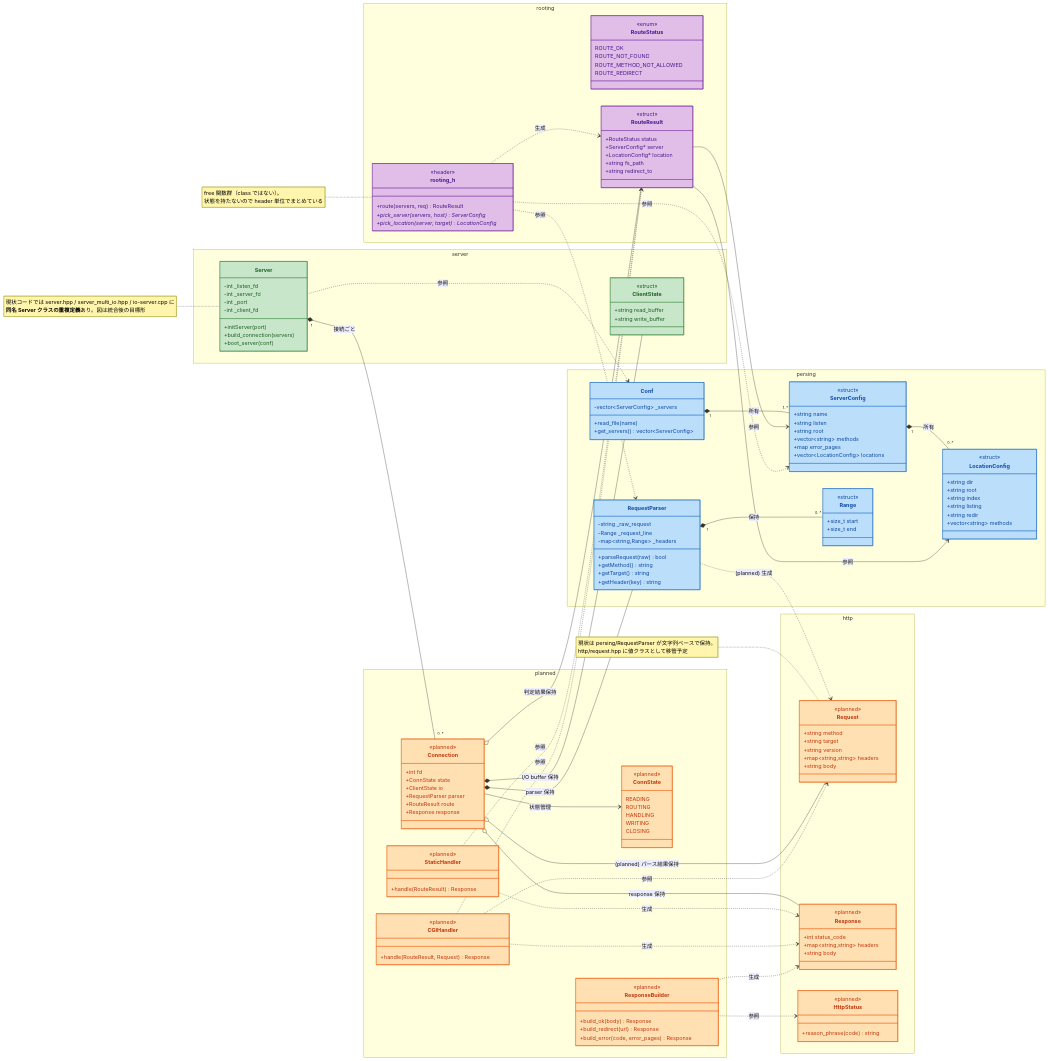
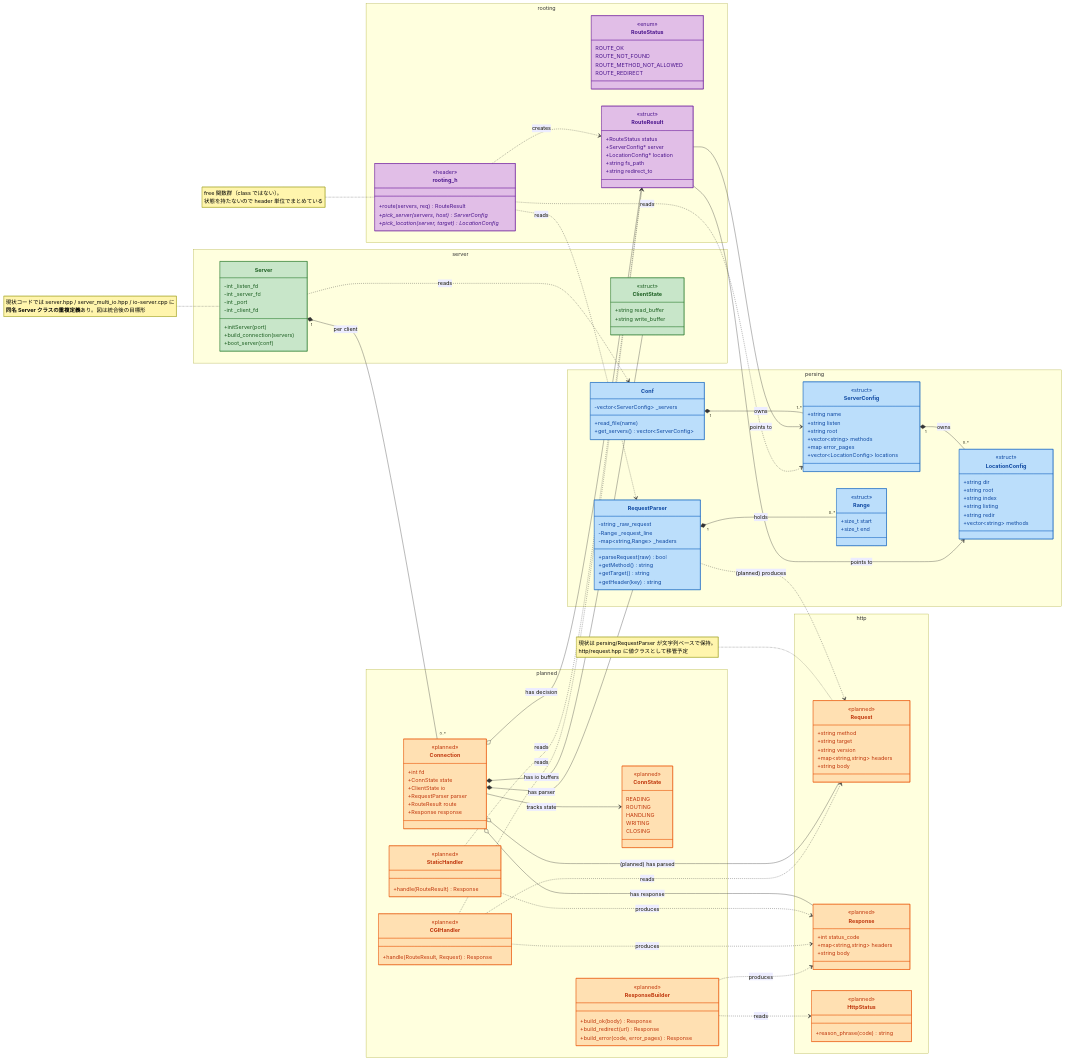
Before and after one commit to Hen00af/irc-platform: the second of 2 diagrams in docs/design.md, drawn with Mermaid. The commit also changed other lines of this file, not shown here.

Commit message:
docs(design): revert decision and relationship labels to English
Per user feedback: conditional/decision labels (diamond conditions,
yes/no edges) and class diagram relationship labels read better in
English than translated to Japanese.

Reverted:
- Flowchart decision diamonds: "リクエスト完成?" -> "request complete?",
  "パース成功?" -> "parse ok?", "全部書けた?" -> "all written?"
- Flowchart edge labels: まだ/完成/完了 -> no/yes, OK kept as-is
- Branch edges: "ROUTE_OK + 静的" -> "ROUTE_OK static", "+ CGI" -> "cgi"
- Class diagram relationship labels: 所有/保持/参照/生成 -> owns/holds/
  reads/produces/etc.

Kept:
- Descriptive box body text in Japanese (e.g., "accept で client_fd
  取得", "recv で read_buffer に追記") - these are explanations, not
  conditions
- Box fill colors (separate concern, not mentioned in feedback)
- Class diagram notes in Japanese

```diff
--- a/docs/design.md
+++ b/docs/design.md
@@ -224,34 +224,34 @@
     }
   }
 
-  Conf "1" *-- "1..*" ServerConfig : 所有
-  ServerConfig "1" *-- "0..*" LocationConfig : 所有
-  RequestParser "1" *-- "0..*" Range : 保持
+  Conf "1" *-- "1..*" ServerConfig : owns
+  ServerConfig "1" *-- "0..*" LocationConfig : owns
+  RequestParser "1" *-- "0..*" Range : holds
 
-  Server "1" *-- "0..*" Connection : 接続ごと
-  Server ..> Conf : 参照
-  Connection *-- ClientState : I/O buffer 保持
-  Connection *-- RequestParser : parser 保持
-  Connection o-- RouteResult : 判定結果保持
-  Connection o-- Response : response 保持
-  Connection o-- Request : (planned) パース結果保持
-  Connection --> ConnState : 状態管理
+  Server "1" *-- "0..*" Connection : per client
+  Server ..> Conf : reads
+  Connection *-- ClientState : has io buffers
+  Connection *-- RequestParser : has parser
+  Connection o-- RouteResult : has decision
+  Connection o-- Response : has response
+  Connection o-- Request : (planned) has parsed
+  Connection --> ConnState : tracks state
 
-  RequestParser ..> Request : (planned) 生成
+  RequestParser ..> Request : (planned) produces
 
-  RouteResult --> ServerConfig : 参照
-  RouteResult --> LocationConfig : 参照
-  rooting_h ..> RequestParser : 参照
-  rooting_h ..> ServerConfig : 参照
-  rooting_h ..> RouteResult : 生成
+  RouteResult --> ServerConfig : points to
+  RouteResult --> LocationConfig : points to
+  rooting_h ..> RequestParser : reads
+  rooting_h ..> ServerConfig : reads
+  rooting_h ..> RouteResult : creates
 
-  StaticHandler ..> RouteResult : 参照
-  StaticHandler ..> Response : 生成
-  CGIHandler ..> RouteResult : 参照
-  CGIHandler ..> Request : 参照
-  CGIHandler ..> Response : 生成
-  ResponseBuilder ..> Response : 生成
-  ResponseBuilder ..> HttpStatus : 参照
+  StaticHandler ..> RouteResult : reads
+  StaticHandler ..> Response : produces
+  CGIHandler ..> RouteResult : reads
+  CGIHandler ..> Request : reads
+  CGIHandler ..> Response : produces
+  ResponseBuilder ..> Response : produces
+  ResponseBuilder ..> HttpStatus : reads
 
   note for rooting_h "free 関数群（class ではない）。<br/>状態を持たないので header 単位でまとめている"
   note for Server "現状コードでは server.hpp / server_multi_io.hpp / io-server.cpp に<br/>**同名 Server クラスの重複定義**あり。図は統合後の目標形"
```
